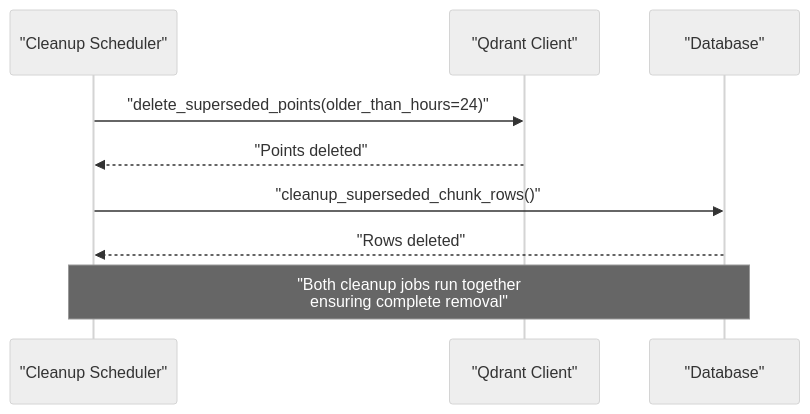
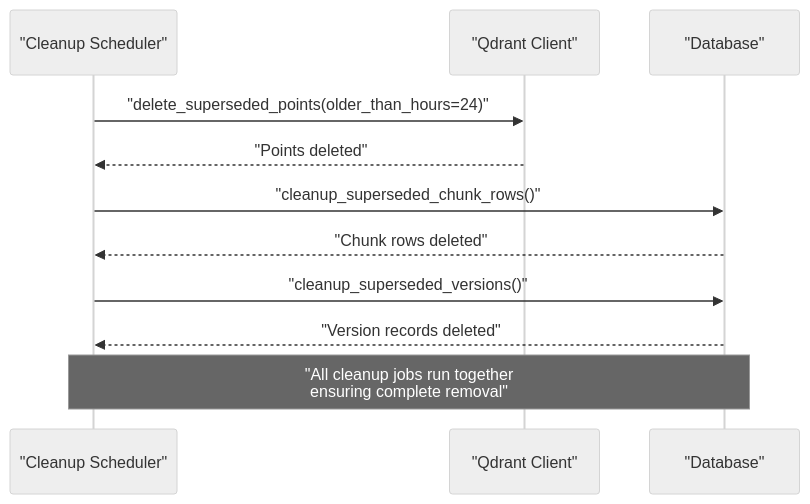
Before and after one commit to genes8/private-ai: the fourth of 5 diagrams in .qoder/repowiki/en/content/API Reference/Administrative API/Document Management API.md, drawn with Mermaid (neutral theme). The commit also changed other lines of this file and 7 other files, not shown here.

````diff
--- a/.qoder/repowiki/en/content/API Reference/Administrative API/Document Management API.md
+++ b/.qoder/repowiki/en/content/API Reference/Administrative API/Document Management API.md
@@ -472,11 +539,13 @@
 ```mermaid
 sequenceDiagram
 participant Scheduler as "Cleanup Scheduler"
 participant QD as "Qdrant Client"
 participant DB as "Database"
 Scheduler->>QD : "delete_superseded_points(older_than_hours=24)"
 QD-->>Scheduler : "Points deleted"
 Scheduler->>DB : "cleanup_superseded_chunk_rows()"
-DB-->>Scheduler : "Rows deleted"
-Note over Scheduler,DB : "Both cleanup jobs run together<br/>ensuring complete removal"
+DB-->>Scheduler : "Chunk rows deleted"
+Scheduler->>DB : "cleanup_superseded_versions()"
+DB-->>Scheduler : "Version records deleted"
+Note over Scheduler,DB : "All cleanup jobs run together<br/>ensuring complete removal"
 ```
````
